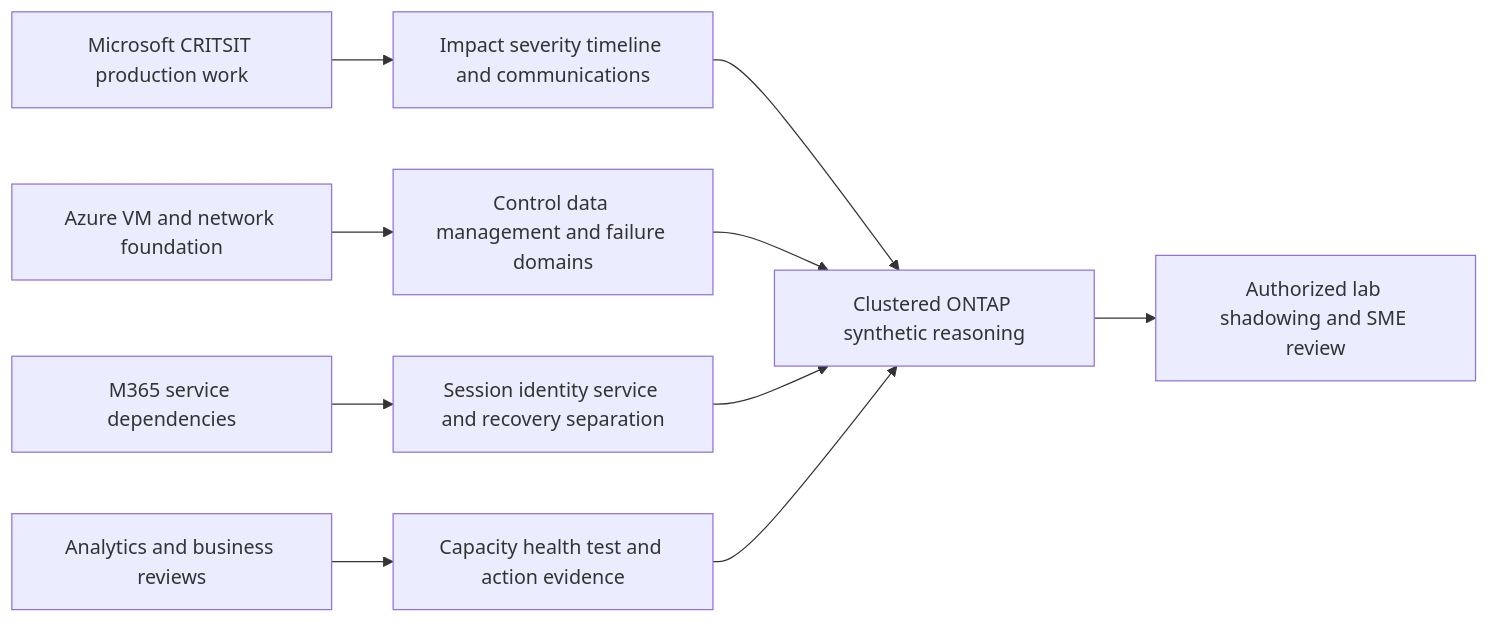
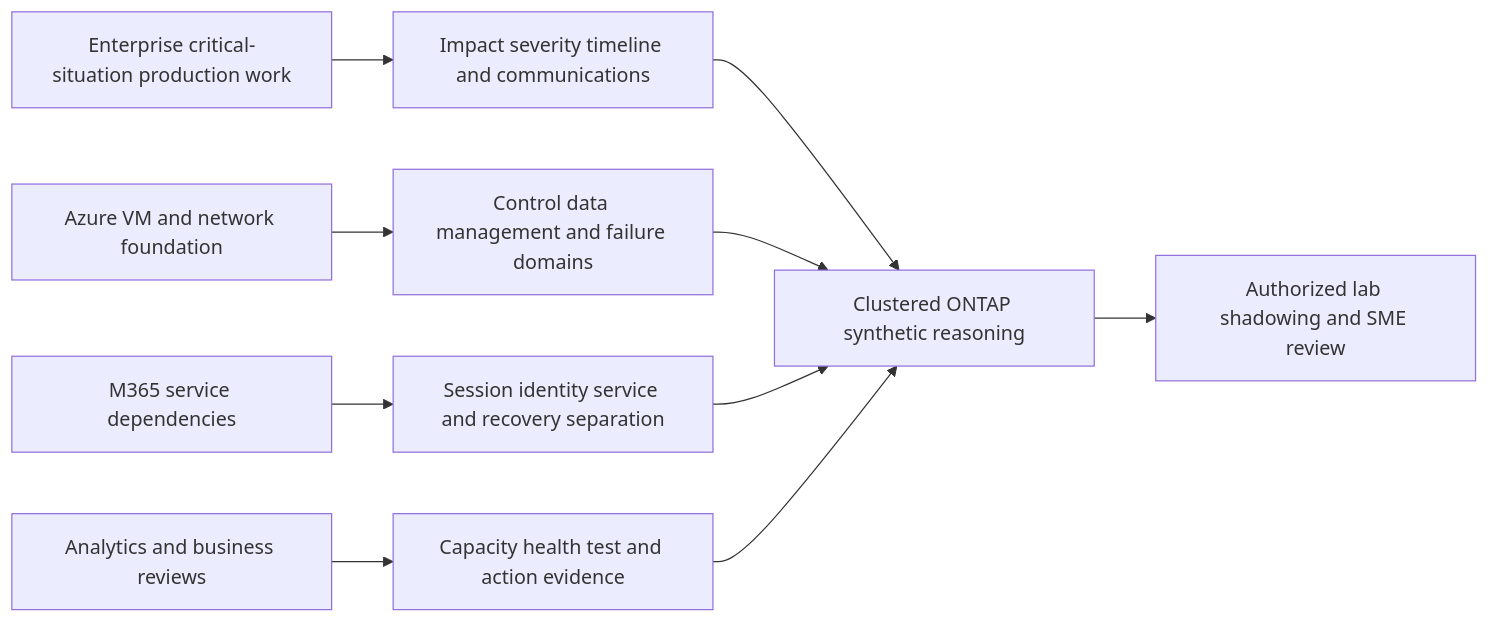
Before and after one commit to hichauhan-in/Interview-Prep: diagram 23 of 24 in NetApp TAM/prep/Part-21-clustered-ontap-nodes-ha-quorum.md, drawn with Mermaid. The commit also changed other lines of this file and 493 other files, not shown here.

````diff
--- a/NetApp TAM/prep/Part-21-clustered-ontap-nodes-ha-quorum.md
+++ b/NetApp TAM/prep/Part-21-clustered-ontap-nodes-ha-quorum.md
@@ -712,12 +712,12 @@
 ```mermaid
 flowchart LR
-    CRIT[Microsoft CRITSIT production work] --> IMP[Impact severity timeline and communications]
+    CRIT[Enterprise critical-situation production work] --> IMP[Impact severity timeline and communications]
     AZ[Azure VM and network foundation] --> PLANES[Control data management and failure domains]
     M365[M365 service dependencies] --> STATE[Session identity service and recovery separation]
     BI[Analytics and business reviews] --> TREND[Capacity health test and action evidence]
     IMP --> ONTAP[Clustered ONTAP synthetic reasoning]
     PLANES --> ONTAP
     STATE --> ONTAP
     TREND --> ONTAP
     ONTAP --> LAB[Authorized lab shadowing and SME review]
 ```
````
